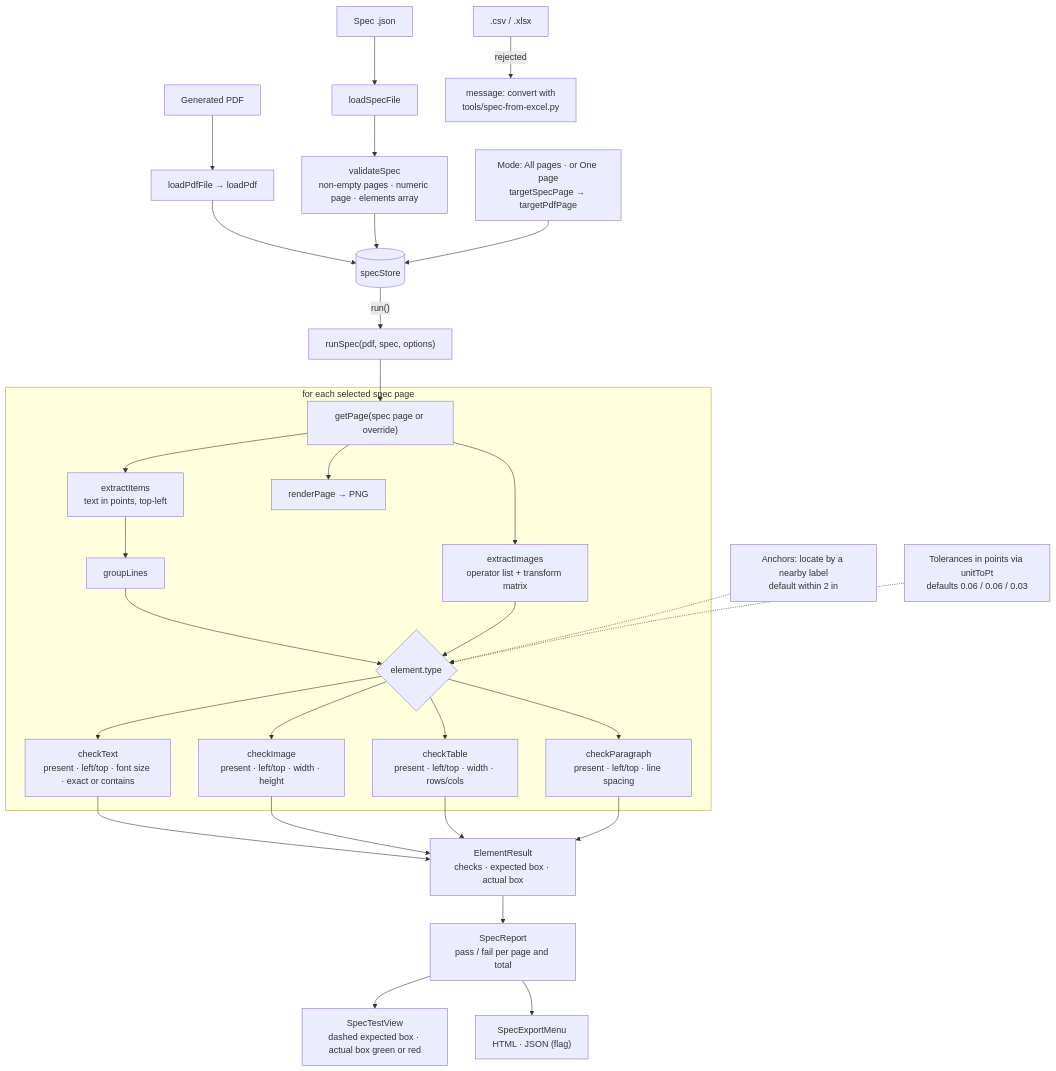
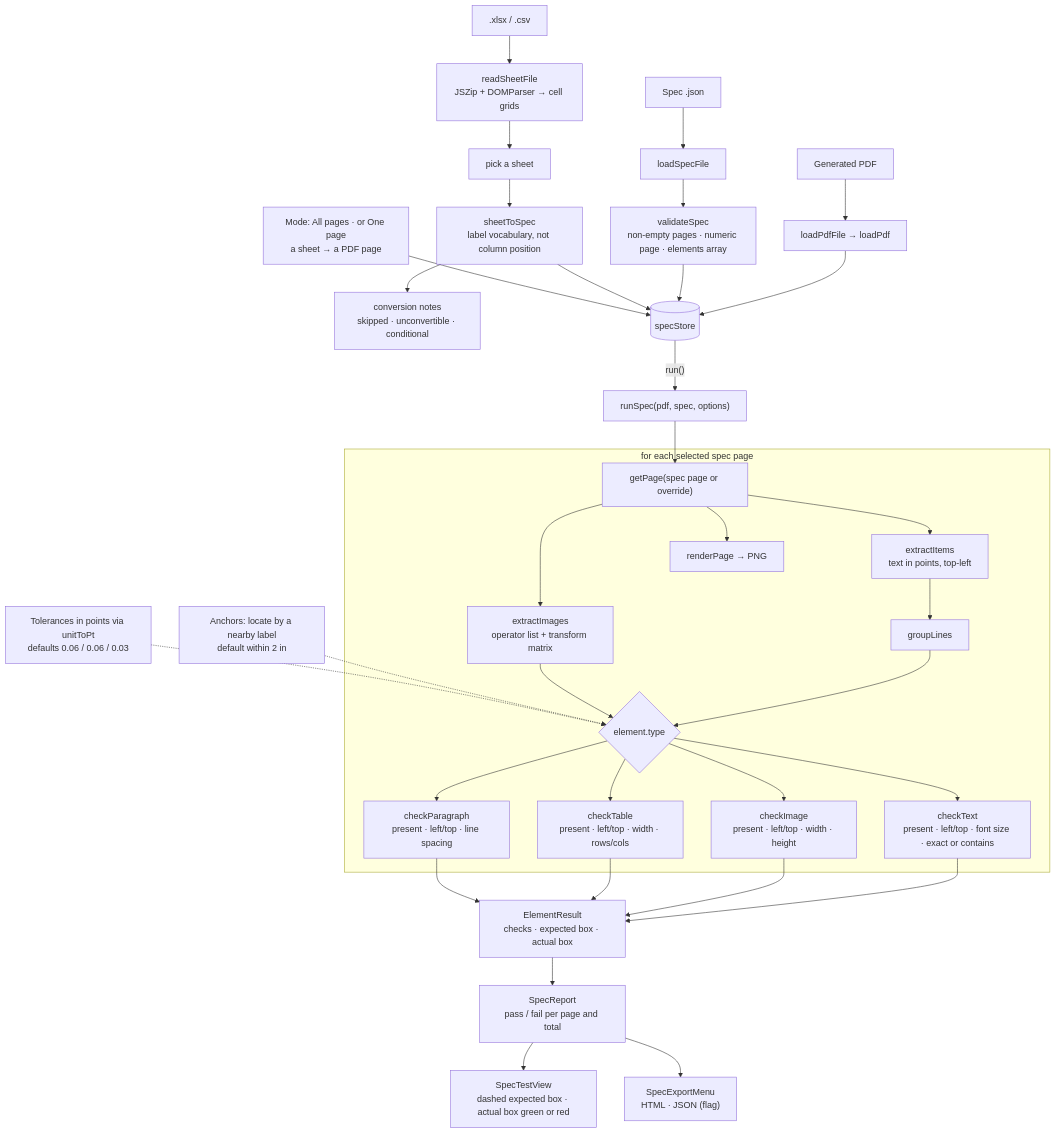
The tenth of 18 diagrams in docs/ARCHITECTURE.md (arpitarya/pdf-testing-suite), drawn with Mermaid before and after one commit. The commit also changed other lines of this file and 34 other files, not shown here.

````diff
--- a/docs/ARCHITECTURE.md
+++ b/docs/ARCHITECTURE.md
@@ -351,28 +361,31 @@
 ```mermaid
 flowchart TB
   PDF["Generated PDF"] --> LP["loadPdfFile → loadPdf"]
   SJ["Spec .json"] --> LS["loadSpecFile"]
-  XL[".csv / .xlsx"] -->|"rejected"| MSG["message: convert with<br/>tools/spec-from-excel.py"]
+  XL[".xlsx / .csv"] --> RW["readSheetFile<br/>JSZip + DOMParser → cell grids"]
+  RW --> PICK["pick a sheet"]
+  PICK --> STS["sheetToSpec<br/>label vocabulary, not column position"]
+  STS --> NOTES["conversion notes<br/>skipped · unconvertible · conditional"]
   LS --> VS["validateSpec<br/>non-empty pages · numeric page · elements array"]
-  LP & VS --> SS[("specStore")]
-  MODE["Mode: All pages · or One page<br/>targetSpecPage → targetPdfPage"] --> SS
+  LP & VS & STS --> SS[("specStore")]
+  MODE["Mode: All pages · or One page<br/>a sheet → a PDF page"] --> SS
   SS -->|"run()"| RS["runSpec(pdf, spec, options)"]
   RS --> G
   subgraph PERPAGE["for each selected spec page"]
     G["getPage(spec page or override)"] --> X1["extractItems<br/>text in points, top-left"]
     X1 --> GL["groupLines"]
     G --> X2["extractImages<br/>operator list + transform matrix"]
     G --> RPG["renderPage → PNG"]
     GL & X2 --> DIS{"element.type"}
     DIS --> CT["checkText<br/>present · left/top · font size · exact or contains"]
     DIS --> CI["checkImage<br/>present · left/top · width · height"]
     DIS --> CTB["checkTable<br/>present · left/top · width · rows/cols"]
     DIS --> CP["checkParagraph<br/>present · left/top · line spacing"]
   end
   ANC["Anchors: locate by a nearby label<br/>default within 2 in"] -.-> DIS
   TOL["Tolerances in points via unitToPt<br/>defaults 0.06 / 0.06 / 0.03"] -.-> DIS
   CT & CI & CTB & CP --> ER["ElementResult<br/>checks · expected box · actual box"]
   ER --> REP["SpecReport<br/>pass / fail per page and total"]
   REP --> VIEW["SpecTestView<br/>dashed expected box · actual box green or red"]
   REP --> SX["SpecExportMenu<br/>HTML · JSON (flag)"]
 ```
````
